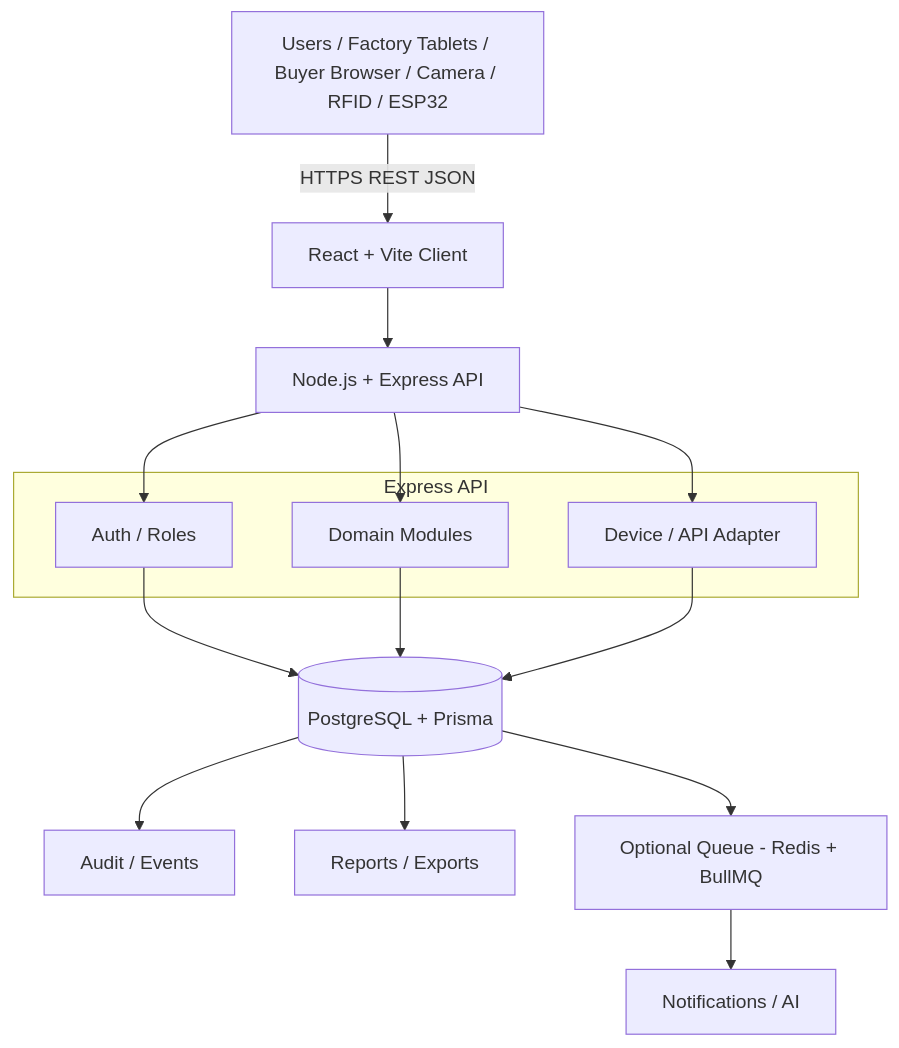
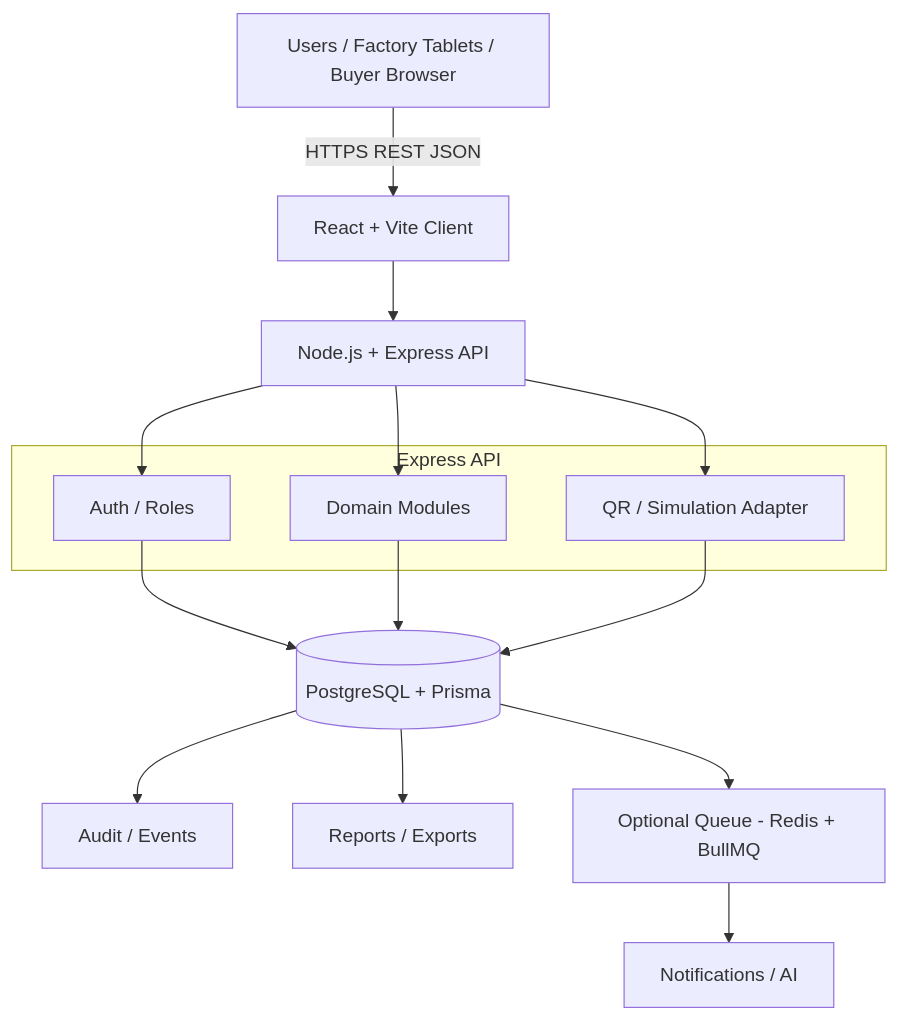
Before and after one commit to Shreya1083/TextileManagement: diagram 12 of 19 in README.md, drawn with Mermaid. The commit also changed other lines of this file and 83 other files, not shown here.

````diff
--- a/README.md
+++ b/README.md
@@ -617,20 +616,20 @@
 ```mermaid
 flowchart TD
-    U["Users / Factory Tablets / Buyer Browser / Camera / RFID / ESP32"] -->|HTTPS REST JSON| FE["React + Vite Client"]
+    U["Users / Factory Tablets / Buyer Browser"] -->|HTTPS REST JSON| FE["React + Vite Client"]
     FE --> API["Node.js + Express API"]
     subgraph API_LAYER["Express API"]
         AUTH["Auth / Roles"]
         DOM["Domain Modules"]
-        DEV["Device / API Adapter"]
+        DEV["QR / Simulation Adapter"]
     end
     API --> AUTH
     API --> DOM
     API --> DEV
     AUTH --> DB[("PostgreSQL + Prisma")]
     DOM --> DB
     DEV --> DB
     DB --> AUD["Audit / Events"]
     DB --> REP["Reports / Exports"]
     DB --> Q["Optional Queue - Redis + BullMQ"]
     Q --> N["Notifications / AI"]
 ```
````
